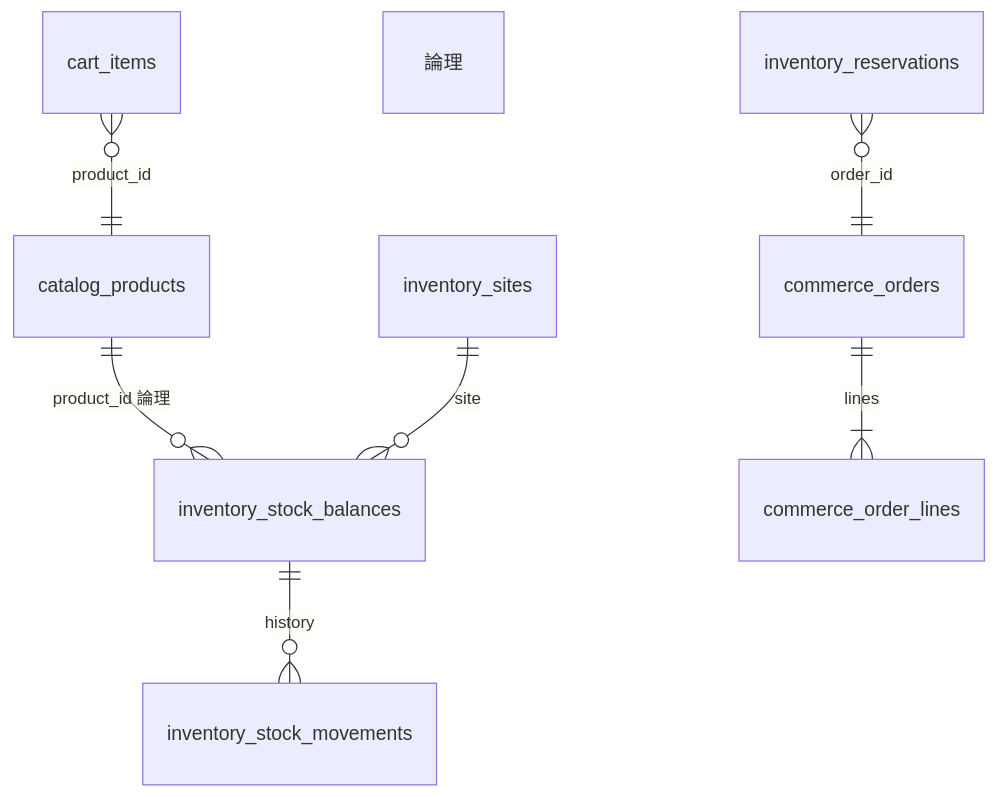
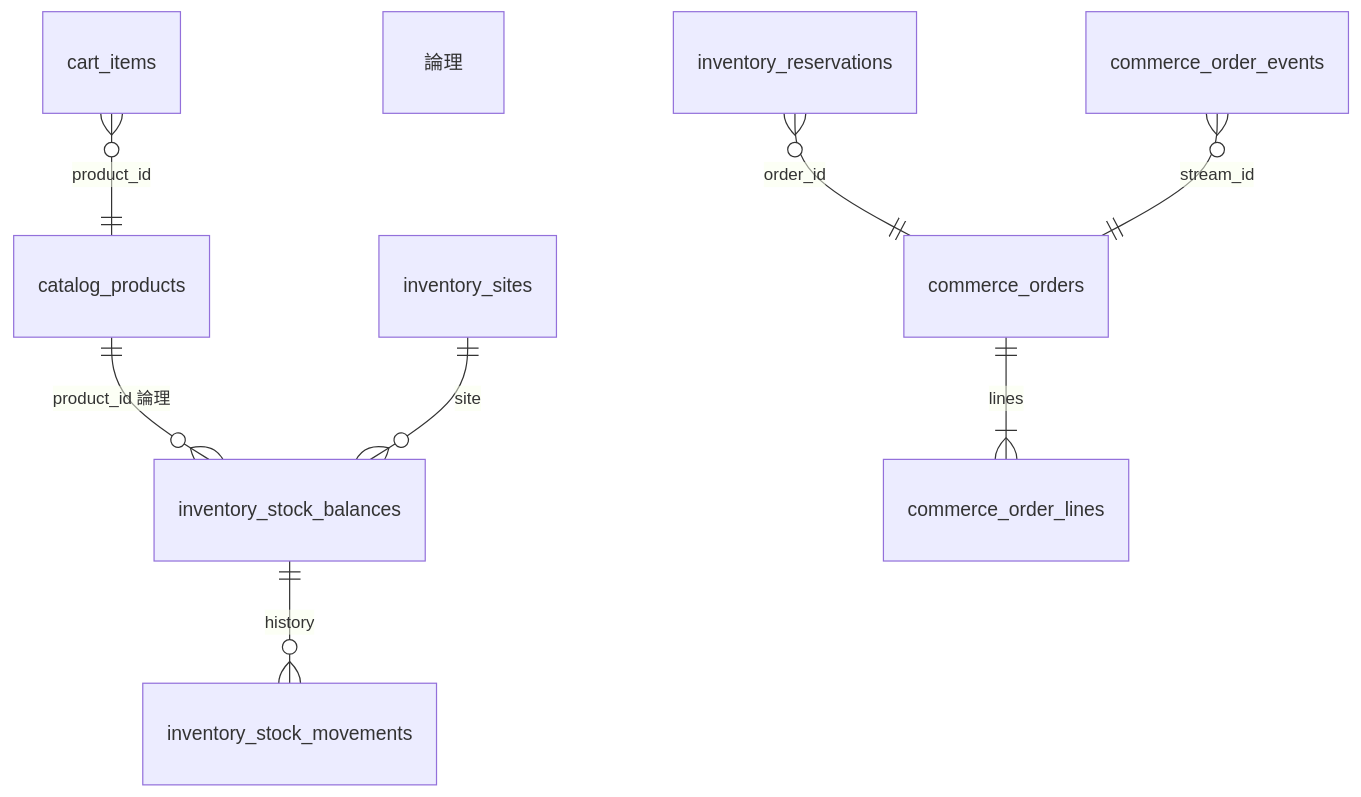
One commit to maeplego/portfolio-plan changed the sixth of 6 diagrams in portfolio-plan/commerce-platform/docs/06-diagrams.md. Above: the diagram before and after it, drawn with Mermaid. The commit also changed other lines of this file and 14 other files, not shown here.

First line of the commit message:
docs: record order events, P12 Postgres, and portal on overlay B

````diff
--- a/portfolio-plan/commerce-platform/docs/06-diagrams.md
+++ b/portfolio-plan/commerce-platform/docs/06-diagrams.md
@@ -110,9 +111,10 @@
 ```mermaid
 erDiagram
   catalog_products ||--o{ inventory_stock_balances : "product_id 論理"
   inventory_sites ||--o{ inventory_stock_balances : site
   inventory_stock_balances ||--o{ inventory_stock_movements : history
   inventory_reservations }o--|| commerce_orders : order_id 論理
   commerce_orders ||--|{ commerce_order_lines : lines
+  commerce_order_events }o--|| commerce_orders : stream_id
   cart_items }o--|| catalog_products : product_id 論理
 ```
````
